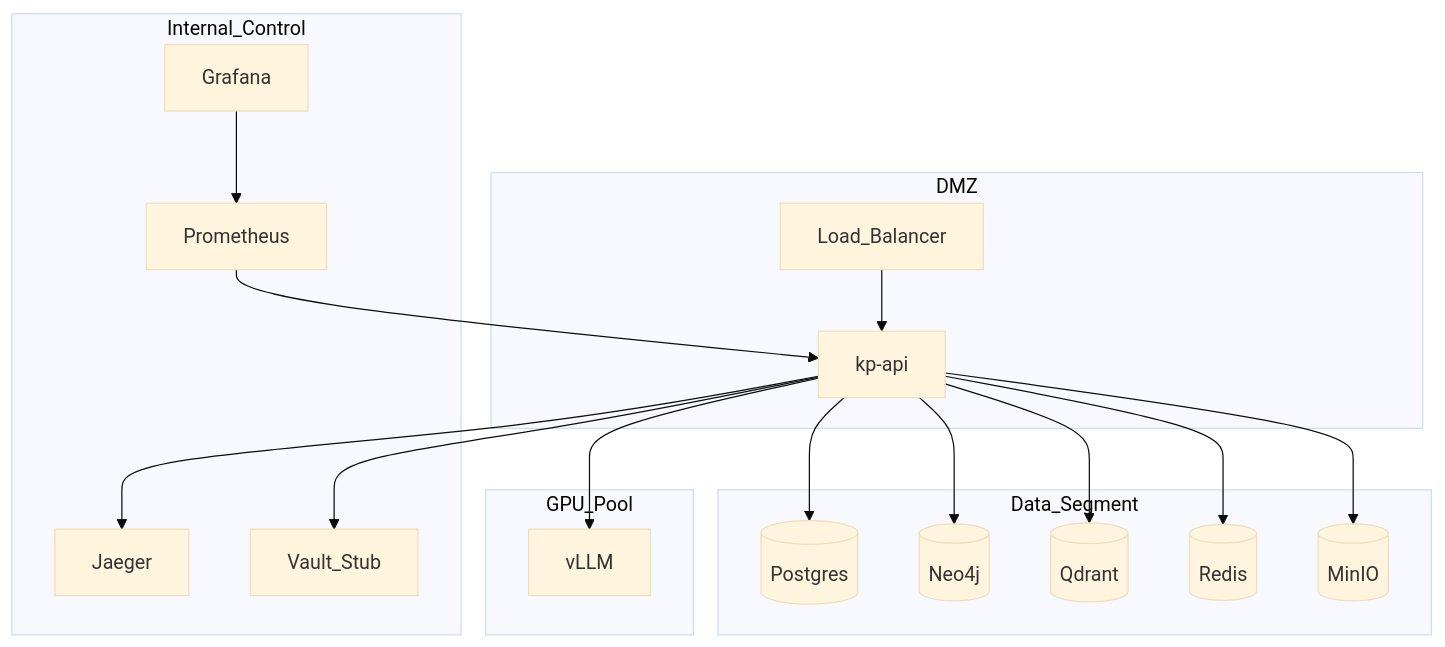
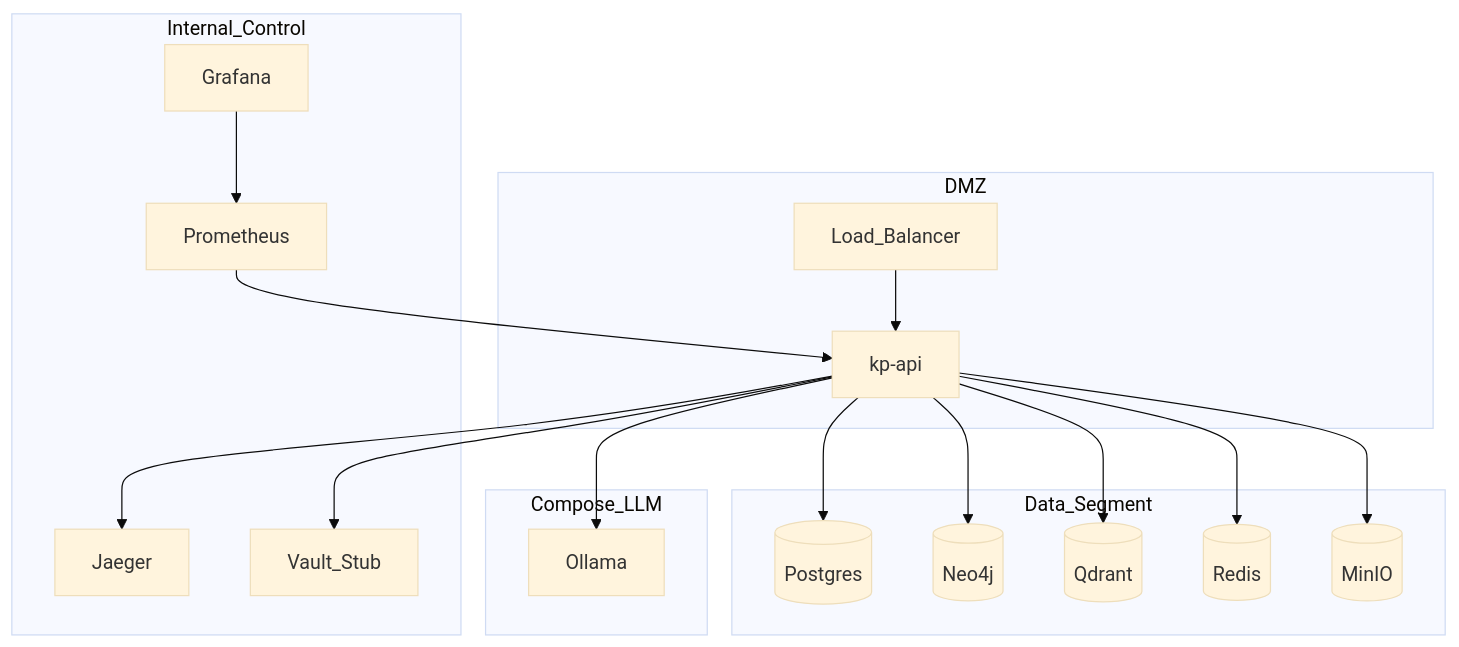
One commit to YuesIt17/yuit-docs-ai-architect-platform changed the diagram in docs/architecture/deployment.md. Above: the diagram before and after it, drawn with Mermaid (base theme). The commit also changed other lines of this file and 40 other files, not shown here.

````diff
--- a/docs/architecture/deployment.md
+++ b/docs/architecture/deployment.md
@@ -23,34 +23,34 @@
 ```mermaid
 flowchart TB
   subgraph dmz [DMZ]
     LB[Load_Balancer]
     API[kp-api]
   end
   subgraph internal [Internal_Control]
     Prom[Prometheus]
     Graf[Grafana]
     Jaeger[Jaeger]
     Vault[Vault_Stub]
   end
   subgraph dataplane [Data_Segment]
     PG[(Postgres)]
     N4[(Neo4j)]
     QD[(Qdrant)]
     RD[(Redis)]
     S3[(MinIO)]
   end
-  subgraph gpu [GPU_Pool]
-    vLLM[vLLM]
+  subgraph llm [Compose_LLM]
+    Ollama[Ollama]
   end
   LB --> API
   API --> PG
   API --> N4
   API --> QD
   API --> RD
   API --> S3
-  API --> vLLM
+  API --> Ollama
   API --> Jaeger
   Prom --> API
   Graf --> Prom
   API --> Vault
 ```
````
